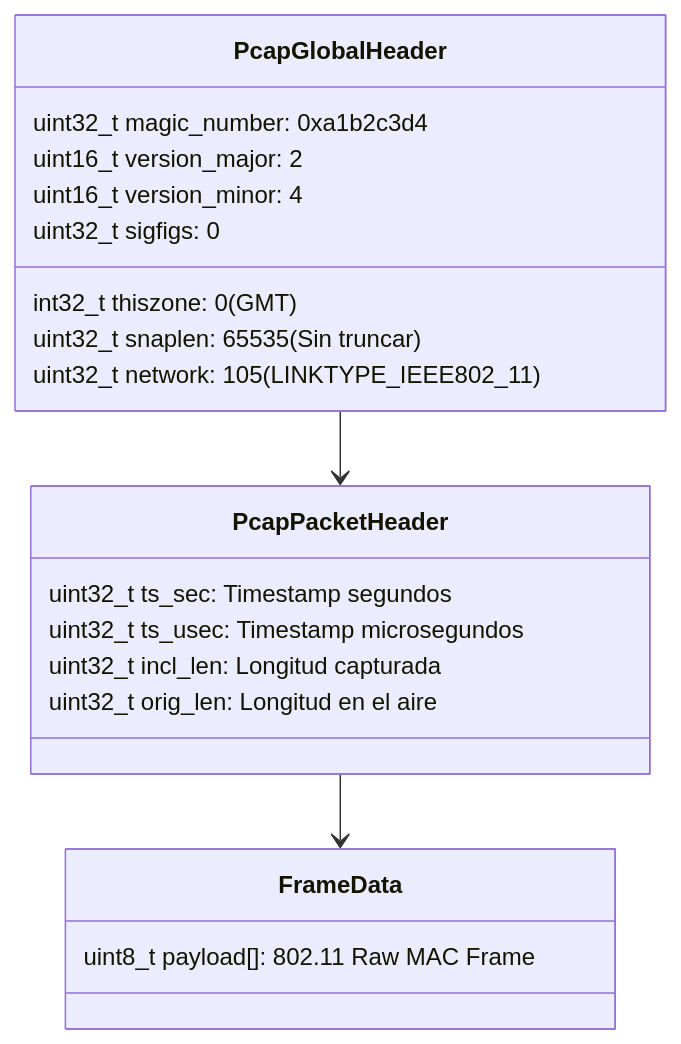
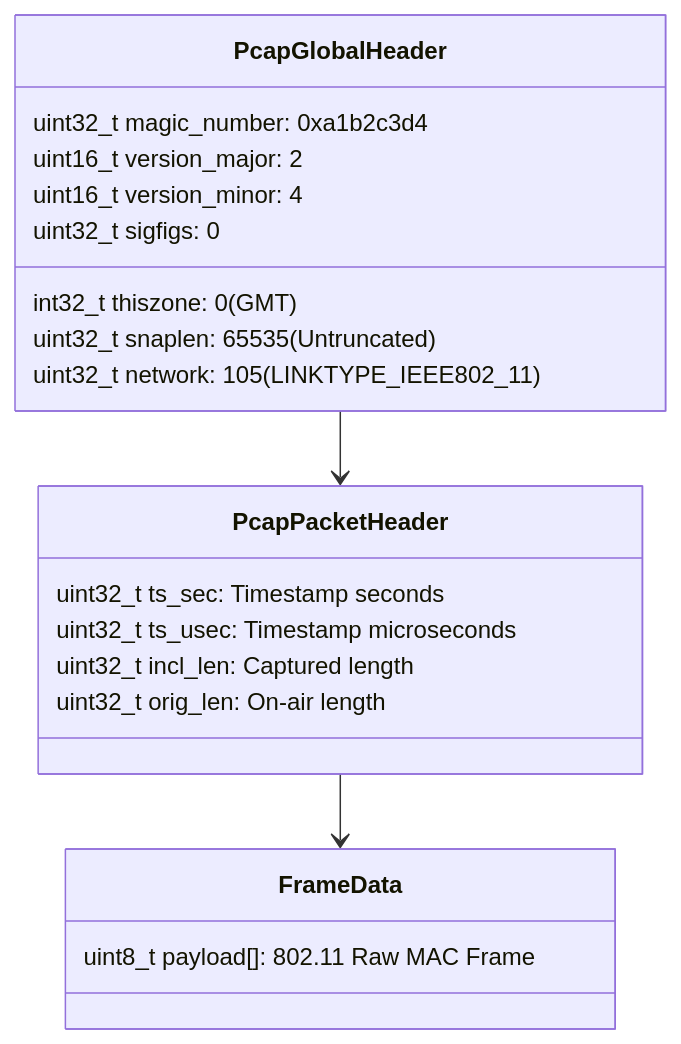
One commit to ElectronicCats/Minino changed the second of 2 diagrams in docs/rf-spectrum-advanced.md. Above: the diagram before and after it, drawn with Mermaid. The commit also changed other lines of this file and 8 other files, not shown here.

````diff
--- a/docs/rf-spectrum-advanced.md
+++ b/docs/rf-spectrum-advanced.md
@@ -100,24 +100,24 @@
 ```mermaid
 classDiagram
     class PcapGlobalHeader {
         uint32_t magic_number: 0xa1b2c3d4
         uint16_t version_major: 2
         uint16_t version_minor: 4
         int32_t  thiszone: 0 (GMT)
         uint32_t sigfigs: 0
-        uint32_t snaplen: 65535 (Sin truncar)
+        uint32_t snaplen: 65535 (Untruncated)
         uint32_t network: 105 (LINKTYPE_IEEE802_11)
     }
     class PcapPacketHeader {
-        uint32_t ts_sec: Timestamp segundos
-        uint32_t ts_usec: Timestamp microsegundos
-        uint32_t incl_len: Longitud capturada
-        uint32_t orig_len: Longitud en el aire
+        uint32_t ts_sec: Timestamp seconds
+        uint32_t ts_usec: Timestamp microseconds
+        uint32_t incl_len: Captured length
+        uint32_t orig_len: On-air length
     }
     class FrameData {
         uint8_t payload[]: 802.11 Raw MAC Frame
     }
 
     PcapGlobalHeader --> PcapPacketHeader
     PcapPacketHeader --> FrameData
 ```
````
